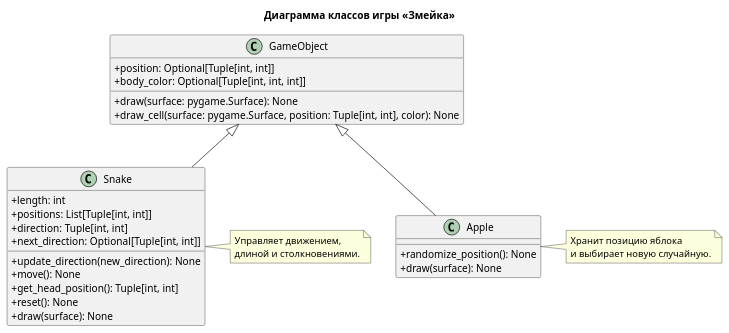
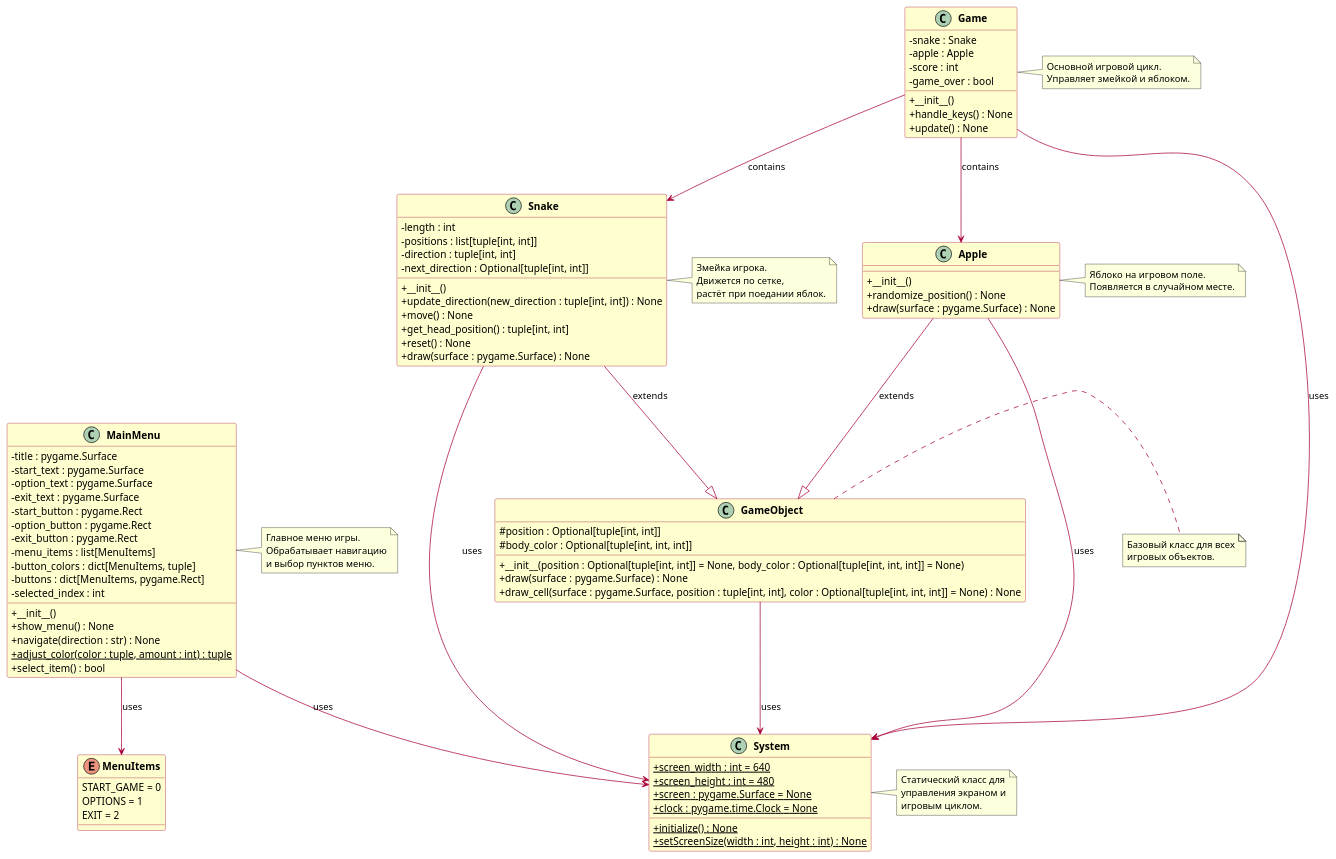
One commit to firemon217/snakeGame changed the diagram in game/diagrams/class_diagram.puml. Above: the diagram before and after it, drawn with PlantUML. The commit also changed 17 other files, not shown here.

```diff
--- a/game/diagrams/class_diagram.puml
+++ b/game/diagrams/class_diagram.puml
@@ -2,43 +1,137 @@
-@startuml
-title Диаграмма классов игры «Змейка»
+@startuml ClassDiagram
 
+' Настройка стилей
 skinparam classAttributeIconSize 0
+skinparam classFontStyle bold
+skinparam classBackgroundColor #FEFECE
+skinparam classBorderColor #A80036
+skinparam classArrowColor #A80036
+skinparam packageStyle rectangle
+skinparam shadowing false
 
-class GameObject {
-    +position: Optional[Tuple[int, int]]
-    +body_color: Optional[Tuple[int, int, int]]
-    +draw(surface: pygame.Surface): None
-    +draw_cell(surface: pygame.Surface, position: Tuple[int, int], color): None
+' Перечисления
+enum MenuItems {
+    START_GAME = 0
+    OPTIONS = 1
+    EXIT = 2
+}
+
+' Классы
+class MainMenu {
+    - title : pygame.Surface
+    - start_text : pygame.Surface
+    - option_text : pygame.Surface
+    - exit_text : pygame.Surface
+    - start_button : pygame.Rect
+    - option_button : pygame.Rect
+    - exit_button : pygame.Rect
+    - menu_items : list[MenuItems]
+    - button_colors : dict[MenuItems, tuple]
+    - buttons : dict[MenuItems, pygame.Rect]
+    - selected_index : int
+    __
+    + __init__()
+    + show_menu() : None
+    + navigate(direction : str) : None
+    + {static} adjust_color(color : tuple, amount : int) : tuple
+    + select_item() : bool
+}
+
+class Game {
+    - snake : Snake
+    - apple : Apple
+    - score : int
+    - game_over : bool
+    __
+    + __init__()
+    + handle_keys() : None
+    + update() : None
 }
 
 class Snake {
-    +length: int
-    +positions: List[Tuple[int, int]]
-    +direction: Tuple[int, int]
-    +next_direction: Optional[Tuple[int, int]]
-    +update_direction(new_direction): None
-    +move(): None
-    +get_head_position(): Tuple[int, int]
-    +reset(): None
-    +draw(surface): None
+    - length : int
+    - positions : list[tuple[int, int]]
+    - direction : tuple[int, int]
+    - next_direction : Optional[tuple[int, int]]
+    __
+    + __init__()
+    + update_direction(new_direction : tuple[int, int]) : None
+    + move() : None
+    + get_head_position() : tuple[int, int]
+    + reset() : None
+    + draw(surface : pygame.Surface) : None
 }
 
 class Apple {
-    +randomize_position(): None
-    +draw(surface): None
+    __
+    + __init__()
+    + randomize_position() : None
+    + draw(surface : pygame.Surface) : None
 }
 
-GameObject <|-- Snake
-GameObject <|-- Apple
+class GameObject {
+    # position : Optional[tuple[int, int]]
+    # body_color : Optional[tuple[int, int, int]]
+    __
+    + __init__(position : Optional[tuple[int, int]] = None, body_color : Optional[tuple[int, int, int]] = None)
+    + draw(surface : pygame.Surface) : None
+    + draw_cell(surface : pygame.Surface, position : tuple[int, int], color : Optional[tuple[int, int, int]] = None) : None
+}
+
+class System {
+    {static} + screen_width : int = 640
+    {static} + screen_height : int = 480
+    {static} + screen : pygame.Surface = None
+    {static} + clock : pygame.time.Clock = None
+    __
+    + {static} initialize() : None
+    + {static} setScreenSize(width : int, height : int) : None
+}
+
+' Отношения
+Snake --|> GameObject : extends
+Apple --|> GameObject : extends
+MainMenu --> MenuItems : uses
+Game --> Snake : contains
+Game --> Apple : contains
+Game --> System : uses
+MainMenu --> System : uses
+Snake --> System : uses
+Apple --> System : uses
+GameObject --> System : uses
+
+' Примечания
+note right of MainMenu
+  Главное меню игры.
+  Обрабатывает навигацию
+  и выбор пунктов меню.
+end note
+
+note right of Game
+  Основной игровой цикл.
+  Управляет змейкой и яблоком.
+end note
 
 note right of Snake
-  Управляет движением,
-  длиной и столкновениями.
+  Змейка игрока.
+  Движется по сетке,
+  растёт при поедании яблок.
 end note
 
 note right of Apple
-  Хранит позицию яблока
-  и выбирает новую случайную.
+  Яблоко на игровом поле.
+  Появляется в случайном месте.
+end note
+
+note right of GameObject
+  Базовый класс для всех
+  игровых объектов.
+end note
+
+note right of System
+  Статический класс для
+  управления экраном и
+  игровым циклом.
 end note
 
 @enduml
```
